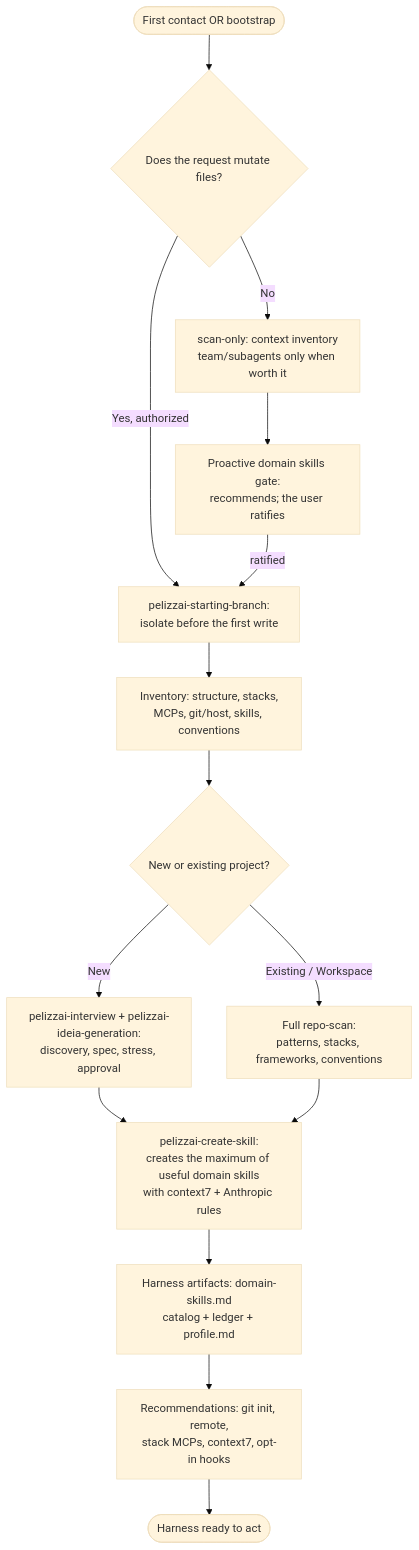
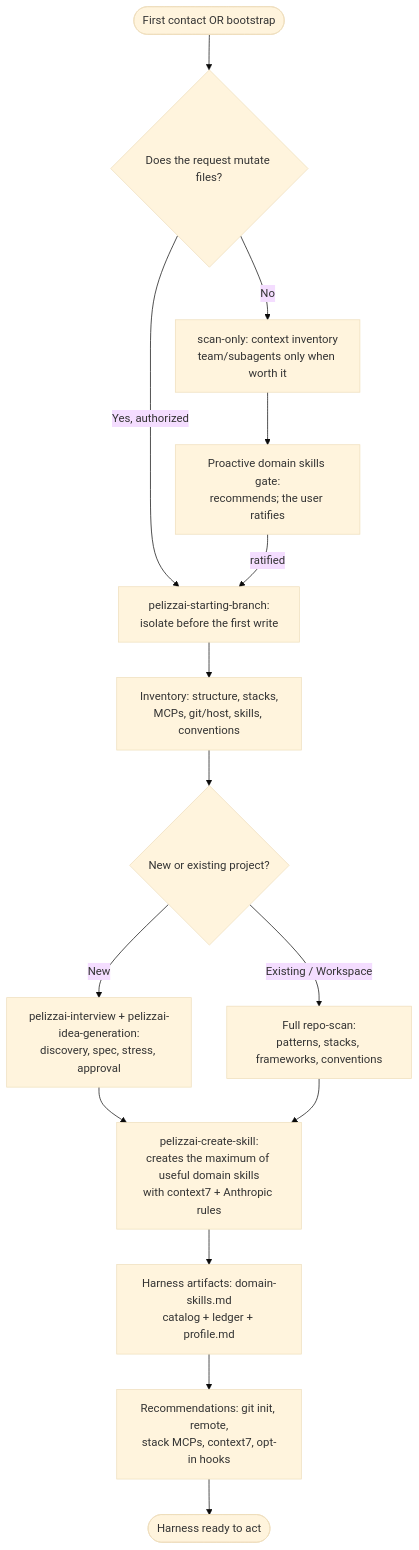
The diagram in dist/.claude/skills/pelizzai-audit/SKILL.md (rpelizza/PelizzAI), drawn with Mermaid (base theme) before and after one commit. The commit also changed other lines of this file and 113 other files, not shown here.

First line of the commit message:
fix(skills): corrige grafia — pelizzai-ideia-generation vira pelizzai-idea-generation

````diff
--- a/dist/.claude/skills/pelizzai-audit/SKILL.md
+++ b/dist/.claude/skills/pelizzai-audit/SKILL.md
@@ -126,17 +126,17 @@
 ```mermaid
 flowchart TD
     Start([First contact OR bootstrap]) --> Mode{Does the request mutate files?}
     Mode -- No --> Scan[scan-only: context inventory\nteam/subagents only when worth it]
     Scan --> Gate[Proactive domain skills gate:\nrecommends; the user ratifies]
     Mode -- Yes, authorized --> Iso[pelizzai-starting-branch:\nisolate before the first write]
     Gate -- ratified --> Iso
     Iso --> Inv[Inventory: structure, stacks,\nMCPs, git/host, skills, conventions]
     Inv --> New{New or existing project?}
-    New -- New --> Bra[pelizzai-interview + pelizzai-ideia-generation:\ndiscovery, spec, stress, approval]
+    New -- New --> Bra[pelizzai-interview + pelizzai-idea-generation:\ndiscovery, spec, stress, approval]
     Bra --> Wri
     New -- Existing / Workspace --> Rep[Full repo-scan:\npatterns, stacks, frameworks, conventions]
     Rep --> Wri[pelizzai-create-skill:\ncreates the maximum of useful domain skills\nwith context7 + Anthropic rules]
     Wri --> Doc[Harness artifacts: domain-skills.md\ncatalog + ledger + profile.md]
     Doc --> Rec[Recommendations: git init, remote,\nstack MCPs, context7, opt-in hooks]
     Rec --> End([Harness ready to act])
 ```
````
